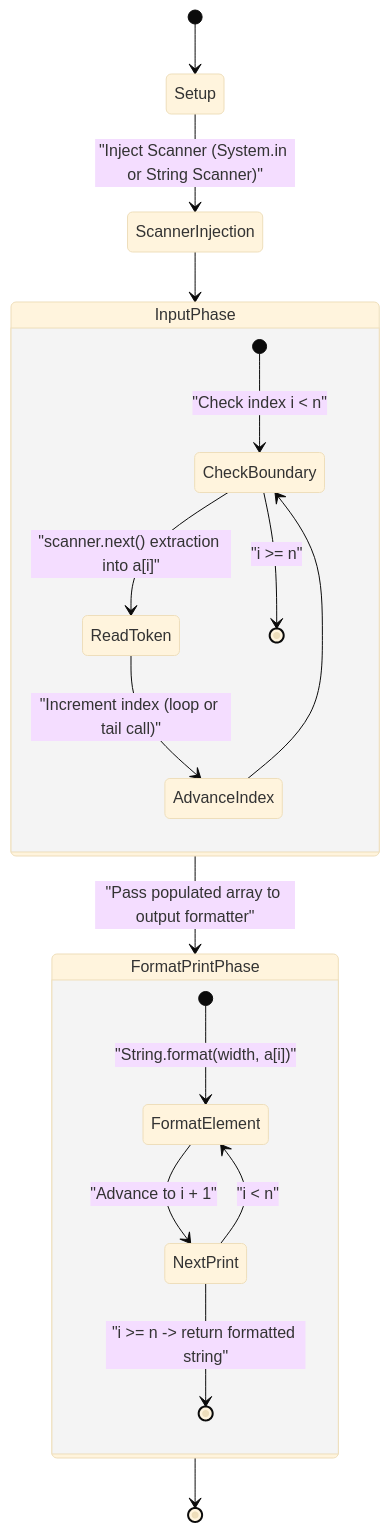
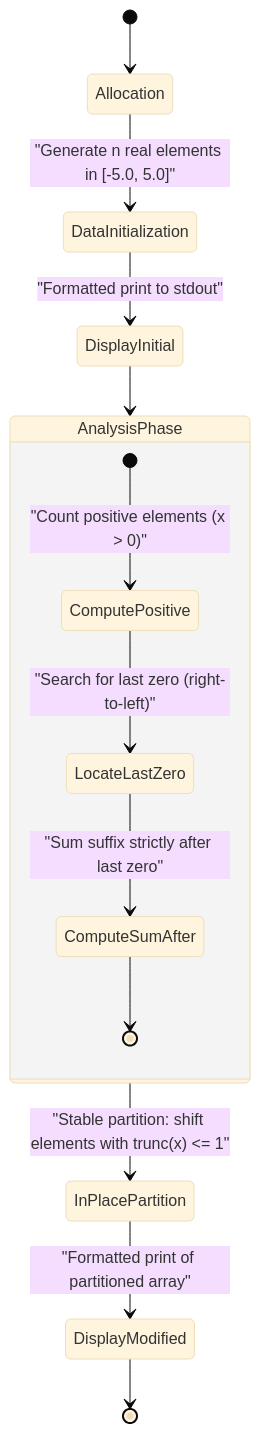
One commit to lviv-polytech/alg-java-labs changed the second of 3 diagrams in lb6/README.md. Above: the diagram before and after it, drawn with Mermaid (base theme). The commit also changed other lines of this file and 3 other files, not shown here.

Commit message:
feat(lab-06): implement task 6.4 dynamic array analysis and stable partition

````diff
--- a/lb6/README.md
+++ b/lb6/README.md
@@ -73,25 +74,18 @@
 ```mermaid
 stateDiagram-v2
-    [*] --> Setup
-    Setup --> ScannerInjection: "Inject Scanner (System.in or String Scanner)"
-    ScannerInjection --> InputPhase
+    [*] --> Allocation
+    Allocation --> DataInitialization: "Generate n real elements in [-5.0, 5.0]"
+    DataInitialization --> DisplayInitial: "Formatted print to stdout"
+    DisplayInitial --> AnalysisPhase
 
-    state InputPhase {
-        [*] --> CheckBoundary: "Check index i < n"
-        CheckBoundary --> ReadToken: "scanner.next() extraction into a[i]"
-        ReadToken --> AdvanceIndex: "Increment index (loop or tail call)"
-        AdvanceIndex --> CheckBoundary
-        CheckBoundary --> [*]: "i >= n"
+    state AnalysisPhase {
+        [*] --> ComputePositive: "Count positive elements (x > 0)"
+        ComputePositive --> LocateLastZero: "Search for last zero (right-to-left)"
+        LocateLastZero --> ComputeSumAfter: "Sum suffix strictly after last zero"
+        ComputeSumAfter --> [*]
     }
 
-    InputPhase --> FormatPrintPhase: "Pass populated array to output formatter"
-
-    state FormatPrintPhase {
-        [*] --> FormatElement: "String.format(width, a[i])"
-        FormatElement --> NextPrint: "Advance to i + 1"
-        NextPrint --> FormatElement: "i < n"
-        NextPrint --> [*]: "i >= n -> return formatted string"
-    }
-
-    FormatPrintPhase --> [*]
+    AnalysisPhase --> InPlacePartition: "Stable partition: shift elements with trunc(x) <= 1"
+    InPlacePartition --> DisplayModified: "Formatted print of partitioned array"
+    DisplayModified --> [*]
 ```
````
